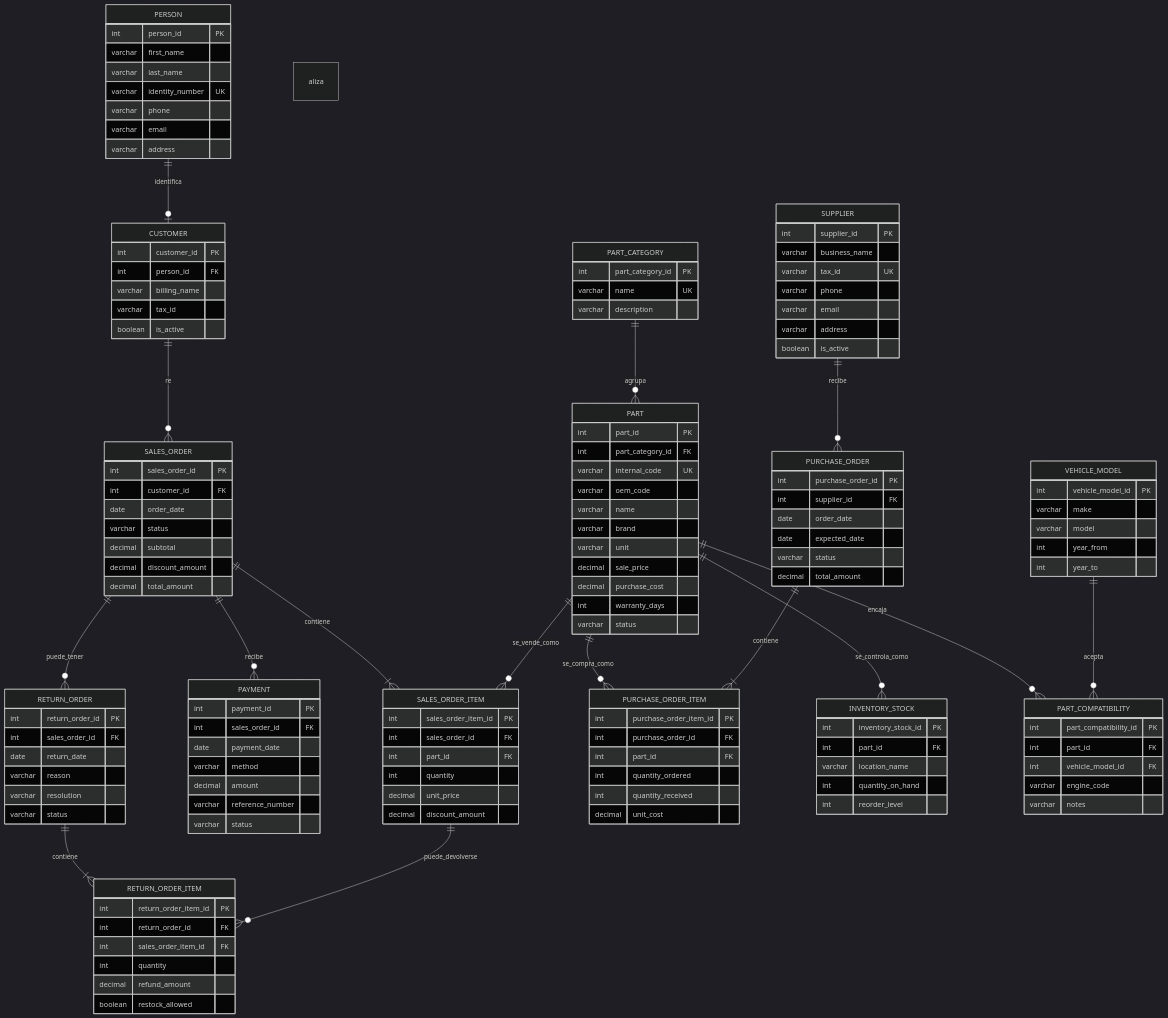
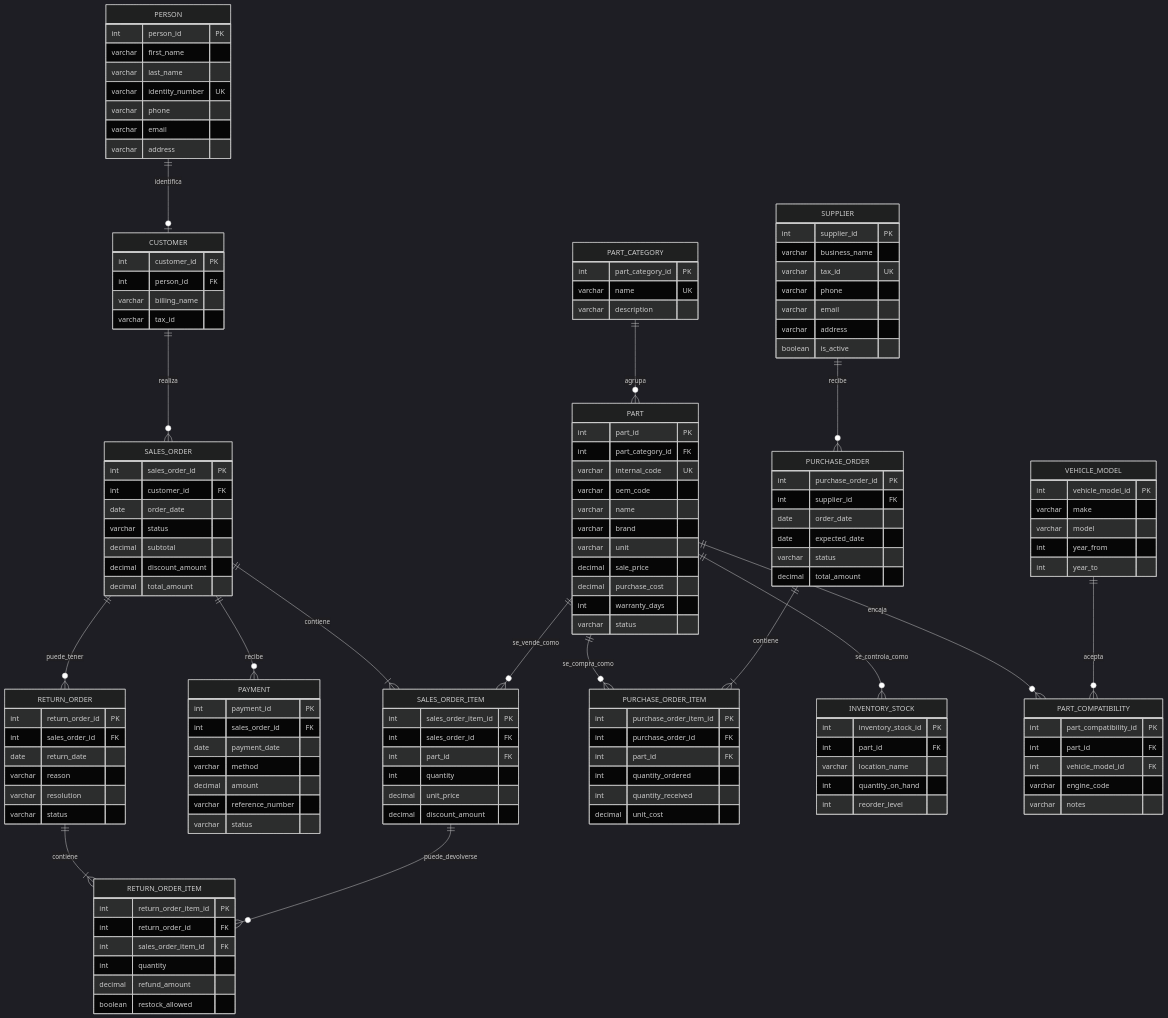
One commit to cesarszv/sis122-zarvent-repuestos changed the diagram in docs/database/erd.md. Above: the diagram before and after it, drawn with Mermaid (dark theme). The commit also changed other lines of this file and 7 other files, not shown here.

First line of the commit message:
Add ERD explanation document and workspace configuration

````diff
--- a/docs/database/erd.md
+++ b/docs/database/erd.md
@@ -12,7 +15,7 @@
 ```mermaid
 erDiagram
     PERSON ||--o| CUSTOMER : identifica
-    CUSTOMER ||--o{ SALES_ORDER : re    aliza
+    CUSTOMER ||--o{ SALES_ORDER : realiza
     SALES_ORDER ||--|{ SALES_ORDER_ITEM : contiene
     SALES_ORDER ||--o{ PAYMENT : recibe
     SALES_ORDER ||--o{ RETURN_ORDER : puede_tener
@@ -44,7 +47,6 @@
         int person_id FK
         varchar billing_name
         varchar tax_id
-        boolean is_active
     }
 
     SUPPLIER {
@@ -165,5 +167,4 @@
         decimal refund_amount
         boolean restock_allowed
     }
-
 ```
````
